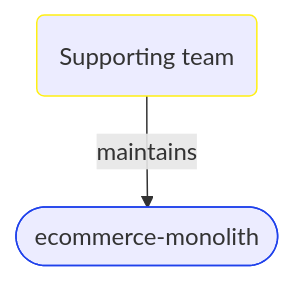
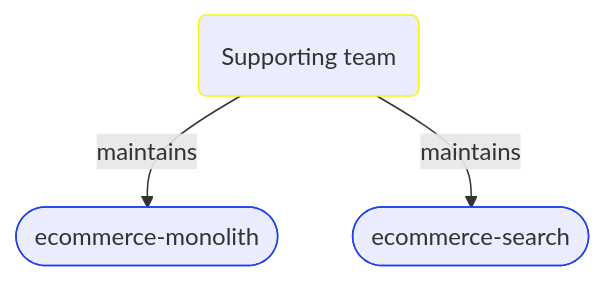
One commit to itlibrium/DDD-starter-dotnet changed the second of 2 diagrams in Docs/P3/MermaidOutput/People/DevelopmentTeams/SupportingTeam.md. Above: the diagram before and after it, drawn with Mermaid. The commit also changed other lines of this file and 10 other files, not shown here.

````diff
--- a/Docs/P3/MermaidOutput/People/DevelopmentTeams/SupportingTeam.md
+++ b/Docs/P3/MermaidOutput/People/DevelopmentTeams/SupportingTeam.md
@@ -36,11 +39,14 @@
 ```mermaid
   flowchart TB
     0(Supporting team)
     class 0 PeoplePerspective
     1([ecommerce-monolith])
     class 1 TechnologyPerspective
     0-->|maintains|1
+    2([ecommerce-search])
+    class 2 TechnologyPerspective
+    0-->|maintains|2
     classDef DomainPerspective stroke:#009900
     classDef TechnologyPerspective stroke:#1F41EB
     classDef PeoplePerspective stroke:#FFF014
 ```
````
